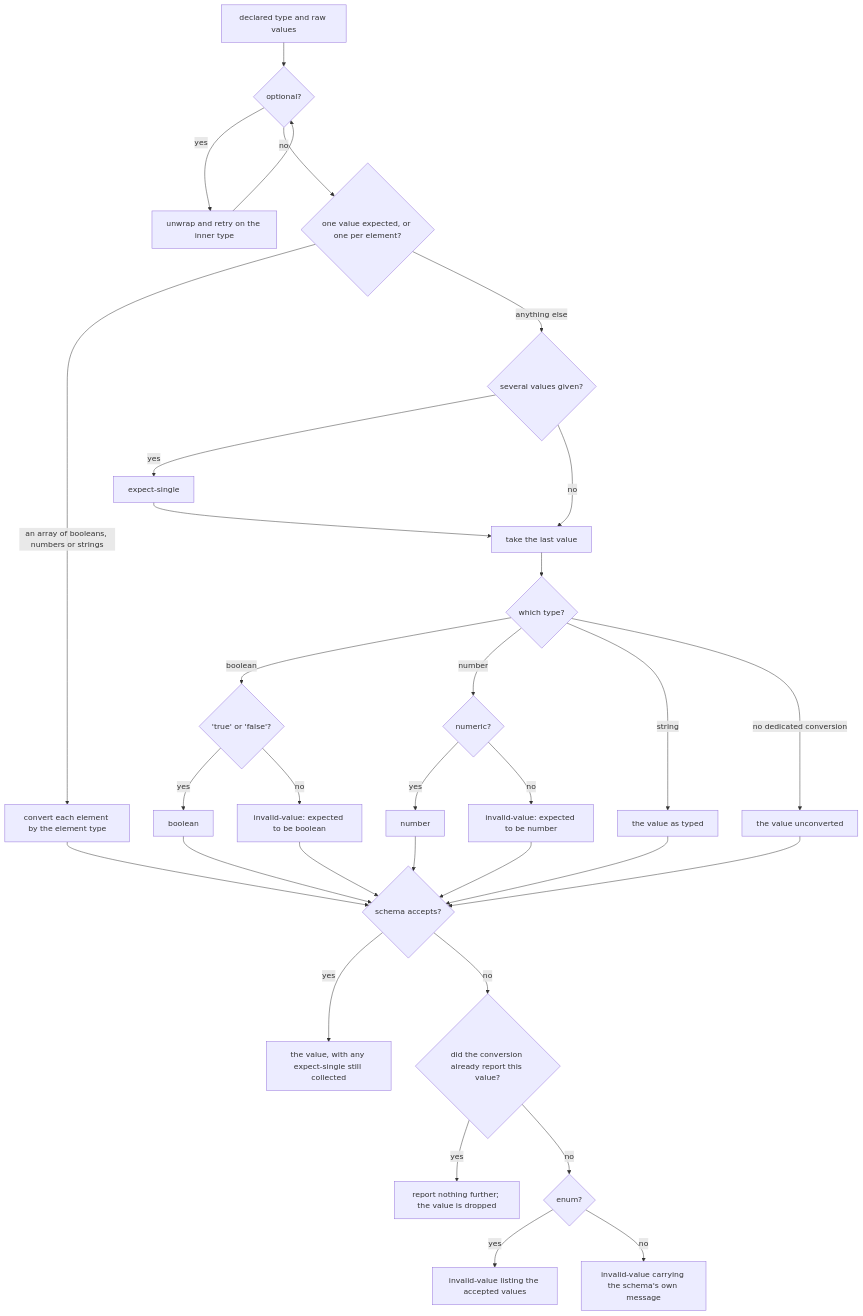
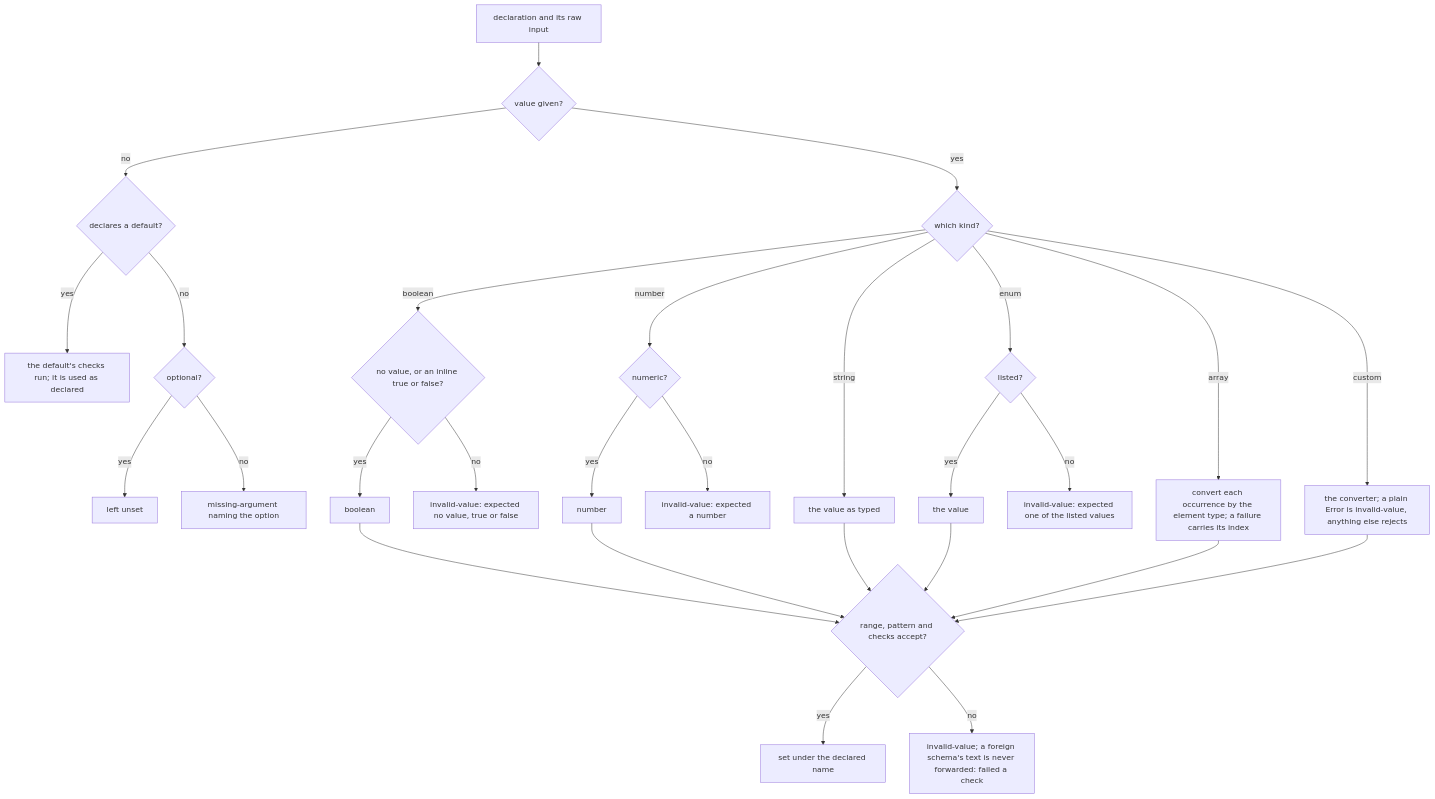
Before and after one commit to clibuilder/clibuilder: the sixth of 7 diagrams in packages/clibuilder/.agents/spec/input-parsing/README.md, drawn with Mermaid. The commit also changed other lines of this file and 80 other files, not shown here.

First line of the commit message:
feat(clibuilder)!: remove zod; t is the only option type, config is any Standard Schema (#684)

````diff
--- a/packages/clibuilder/.agents/spec/input-parsing/README.md
+++ b/packages/clibuilder/.agents/spec/input-parsing/README.md
@@ -283,32 +291,30 @@
 ```mermaid
 graph TD
-  CV[declared type and raw values] --> OPTU{optional?}
-  OPTU -- yes --> UNWRAP[unwrap and retry on the inner type] --> OPTU
-  OPTU -- no --> K{"one value expected, or one per element?"}
-  K -- "an array of booleans, numbers or strings" --> EL[convert each element by the element type]
-  K -- "anything else" --> MULTI{"several values given?"}
-  MULTI -- yes --> ES[expect-single] --> LAST
-  MULTI -- no --> LAST[take the last value]
-  LAST --> K2{which type?}
-  K2 -- boolean --> B{"'true' or 'false'?"}
+  CV[declaration and its raw input] --> G{value given?}
+  G -- no --> DF{declares a default?}
+  DF -- yes --> DCK[the default's checks run; it is used as declared]
+  DF -- no --> OP{optional?}
+  OP -- yes --> UNSET[left unset]
+  OP -- no --> MISS[missing-argument naming the option]
+  G -- yes --> K{which kind?}
+  K -- boolean --> B{"no value, or an inline true or false?"}
   B -- yes --> BOK[boolean]
-  B -- no --> BERR[invalid-value: expected to be boolean]
-  K2 -- number --> N{numeric?}
+  B -- no --> BERR["invalid-value: expected no value, true or false"]
+  K -- number --> N{numeric?}
   N -- yes --> NOK[number]
-  N -- no --> NERR[invalid-value: expected to be number]
-  K2 -- string --> SOK[the value as typed]
-  K2 -- "no dedicated conversion" --> RAW[the value unconverted]
-  EL --> SP
-  BOK --> SP
-  NOK --> SP
-  SOK --> SP
-  RAW --> SP
-  BERR --> SP
-  NERR --> SP
-  SP{schema accepts?} -- yes --> OK["the value, with any expect-single still collected"]
-  SP -- no --> ALREADY{"did the conversion already report this value?"}
-  ALREADY -- yes --> ONCE[report nothing further; the value is dropped]
-  ALREADY -- no --> DESC{enum?}
-  DESC -- yes --> ENUM["invalid-value listing the accepted values"]
-  DESC -- no --> ZMSG["invalid-value carrying the schema's own message"]
+  N -- no --> NERR["invalid-value: expected a number"]
+  K -- string --> SOK[the value as typed]
+  K -- enum --> E{listed?}
+  E -- yes --> EOK[the value]
+  E -- no --> EERR["invalid-value: expected one of the listed values"]
+  K -- array --> EL[convert each occurrence by the element type; a failure carries its index]
+  K -- custom --> CU["the converter; a plain Error is invalid-value, anything else rejects"]
+  BOK --> CK
+  NOK --> CK
+  SOK --> CK
+  EOK --> CK
+  EL --> CK
+  CU --> CK
+  CK{"range, pattern and checks accept?"} -- yes --> OK[set under the declared name]
+  CK -- no --> CERR["invalid-value; a foreign schema's text is never forwarded: failed a check"]
 ```
````
